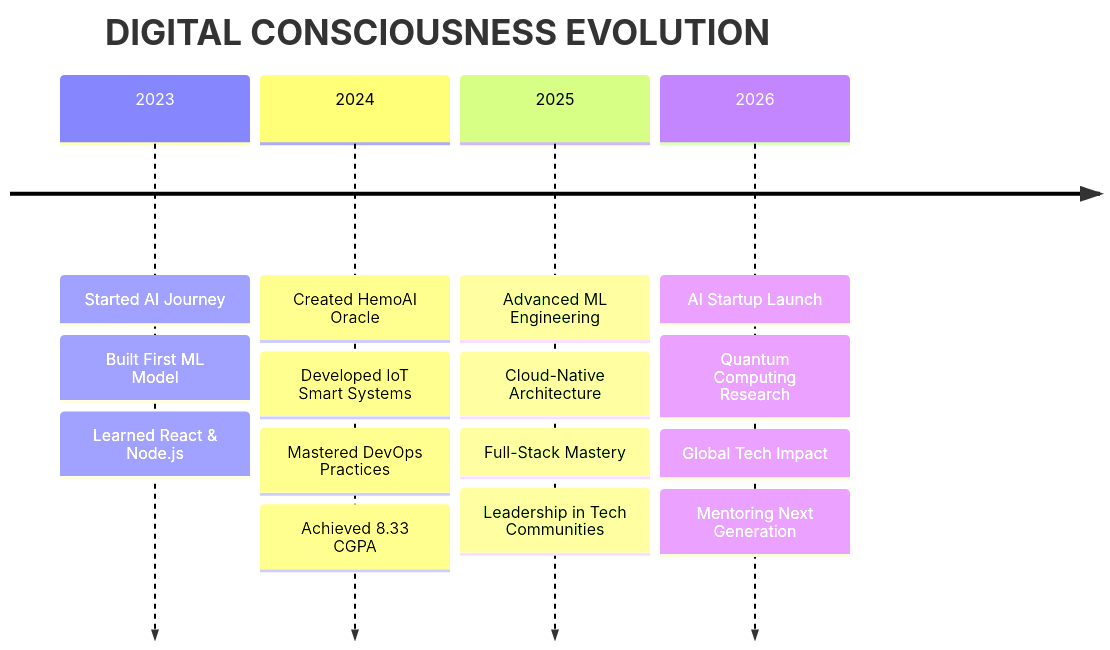
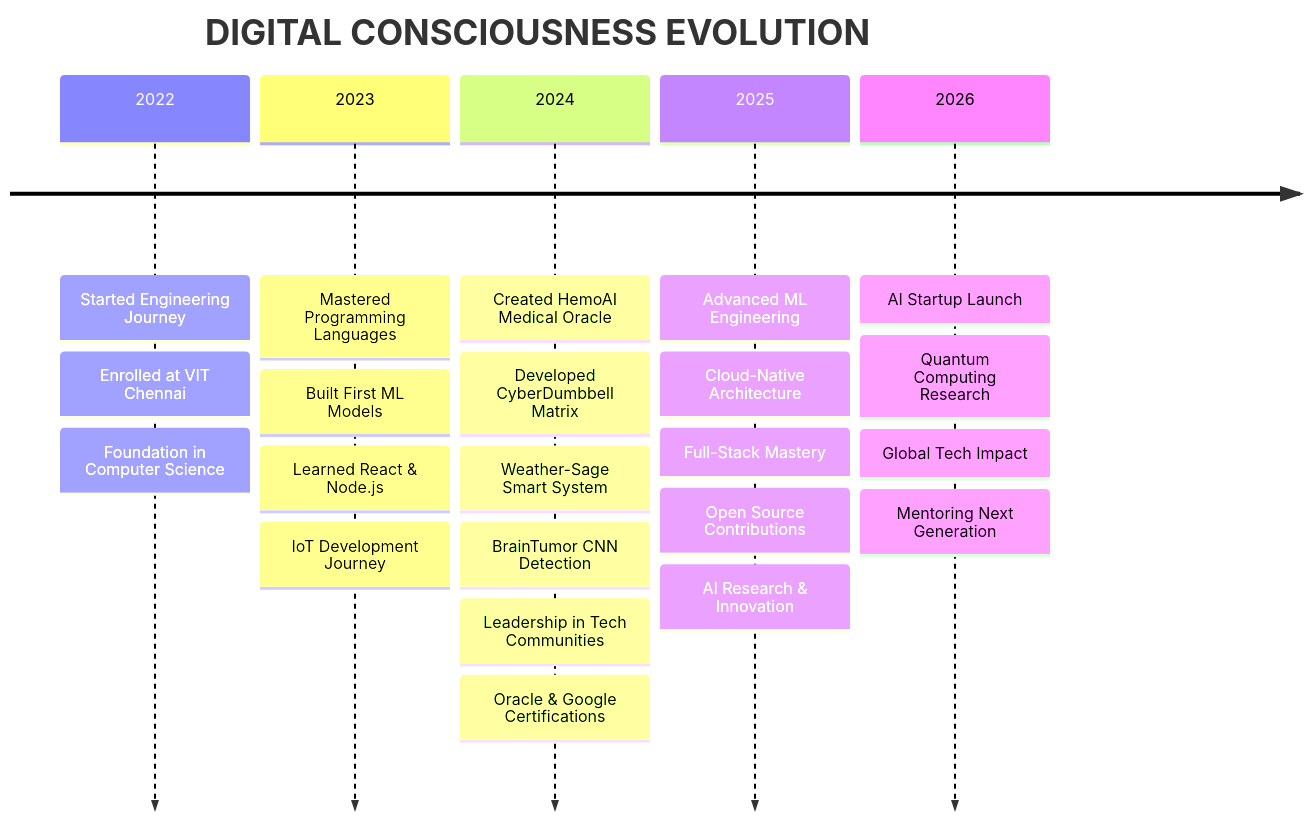
The second of 2 diagrams in README.md (JusCookin/JusCookin), drawn with Mermaid before and after one commit. The commit also changed other lines of this file, not shown here.

````diff
--- a/README.md
+++ b/README.md
@@ -612,23 +711,31 @@
 ```mermaid
 timeline
     title DIGITAL CONSCIOUSNESS EVOLUTION
     
-    2023 : Started AI Journey
-         : Built First ML Model
+    2022 : Started Engineering Journey
+         : Enrolled at VIT Chennai
+         : Foundation in Computer Science
+    
+    2023 : Mastered Programming Languages
+         : Built First ML Models
          : Learned React & Node.js
+         : IoT Development Journey
     
-    2024 : Created HemoAI Oracle
-         : Developed IoT Smart Systems
-         : Mastered DevOps Practices
-         : Achieved 8.33 CGPA
+    2024 : Created HemoAI Medical Oracle
+         : Developed CyberDumbbell Matrix
+         : Weather-Sage Smart System
+         : BrainTumor CNN Detection
+         : Leadership in Tech Communities
+         : Oracle & Google Certifications
     
     2025 : Advanced ML Engineering
          : Cloud-Native Architecture
          : Full-Stack Mastery
-         : Leadership in Tech Communities
+         : Open Source Contributions
+         : AI Research & Innovation
     
     2026 : AI Startup Launch
          : Quantum Computing Research
          : Global Tech Impact
          : Mentoring Next Generation
 ```
````
